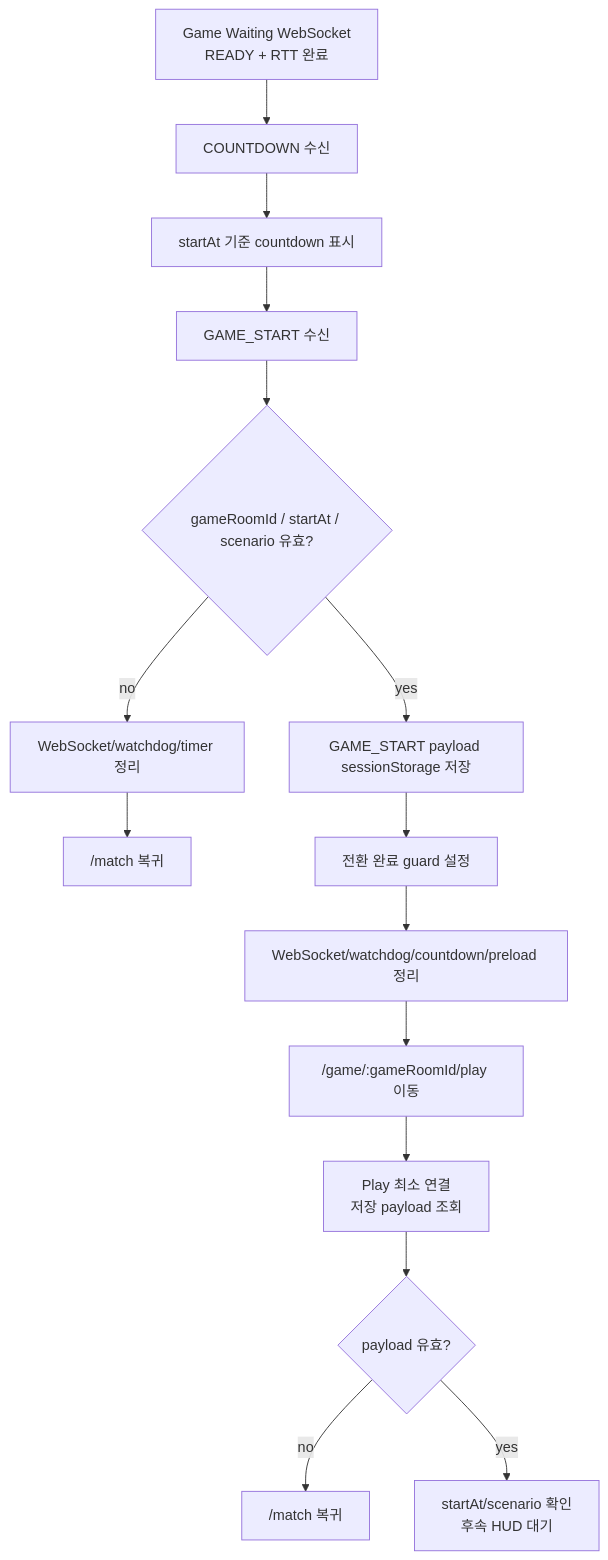
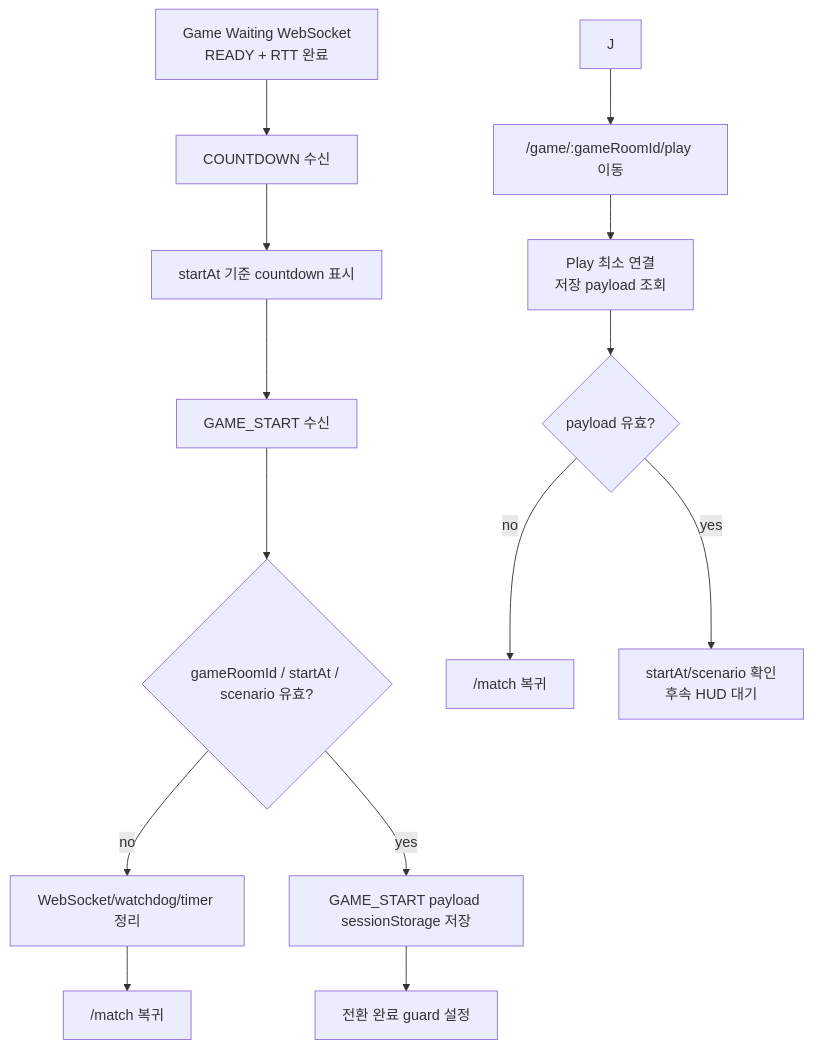
One commit to moonwhistle/League-of-Star changed the second of 2 diagrams in docs/antigravity/frontend/issue-88-game-start-handling.md. Above: the diagram before and after it, drawn with Mermaid. The commit also changed other lines of this file and 47 other files, not shown here.

````diff
--- a/docs/antigravity/frontend/issue-88-game-start-handling.md
+++ b/docs/antigravity/frontend/issue-88-game-start-handling.md
@@ -287,17 +279,16 @@
 ```mermaid
 flowchart TD
     A["Game Waiting WebSocket<br/>READY + RTT 완료"] --> B["COUNTDOWN 수신"]
     B --> C["startAt 기준 countdown 표시"]
     C --> D["GAME_START 수신"]
     D --> E{"gameRoomId / startAt / scenario 유효?"}
     E -->|no| F["WebSocket/watchdog/timer 정리"]
     F --> G["/match 복귀"]
     E -->|yes| H["GAME_START payload sessionStorage 저장"]
     H --> I["전환 완료 guard 설정"]
-    I --> J["WebSocket/watchdog/countdown/preload 정리"]
     J --> K["/game/:gameRoomId/play 이동"]
     K --> L["Play 최소 연결<br/>저장 payload 조회"]
     L --> M{"payload 유효?"}
     M -->|no| N["/match 복귀"]
     M -->|yes| O["startAt/scenario 확인<br/>후속 HUD 대기"]
 ```
````
